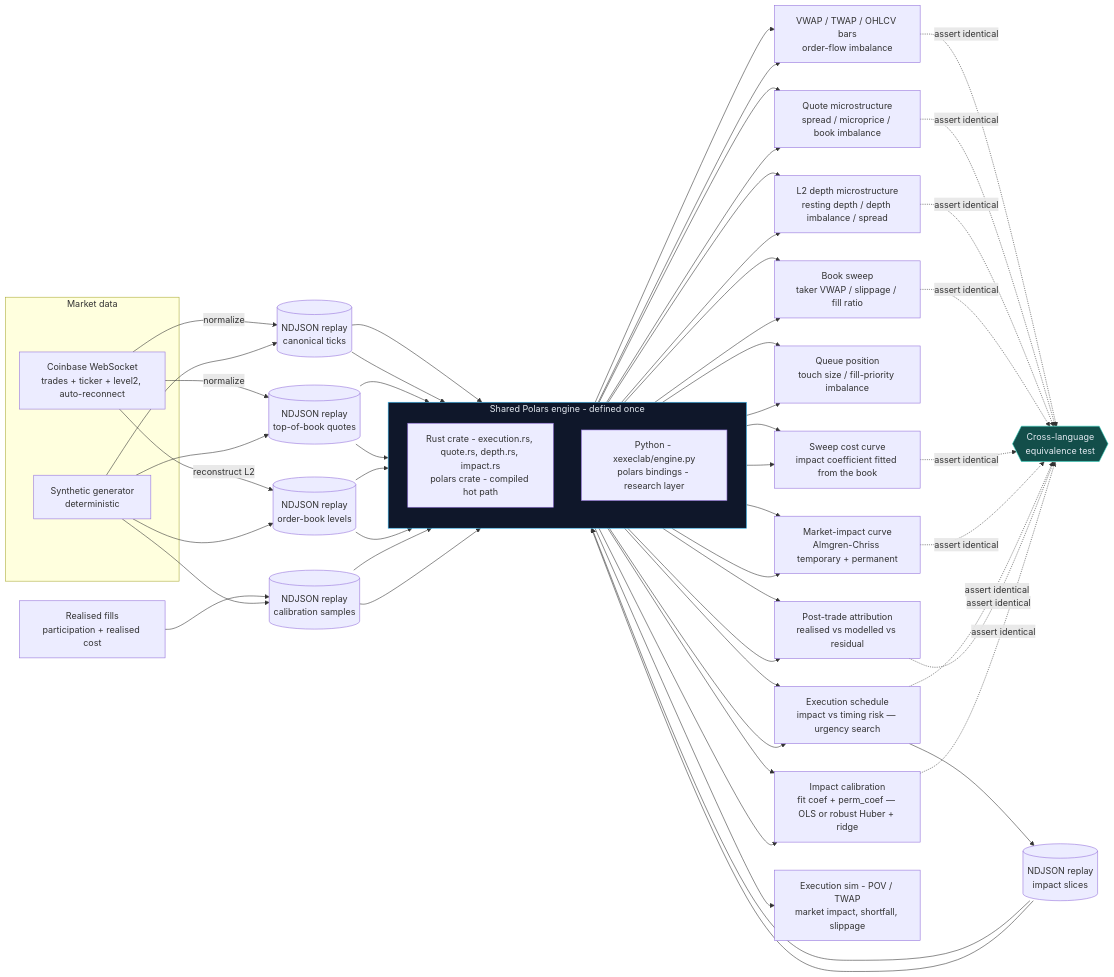
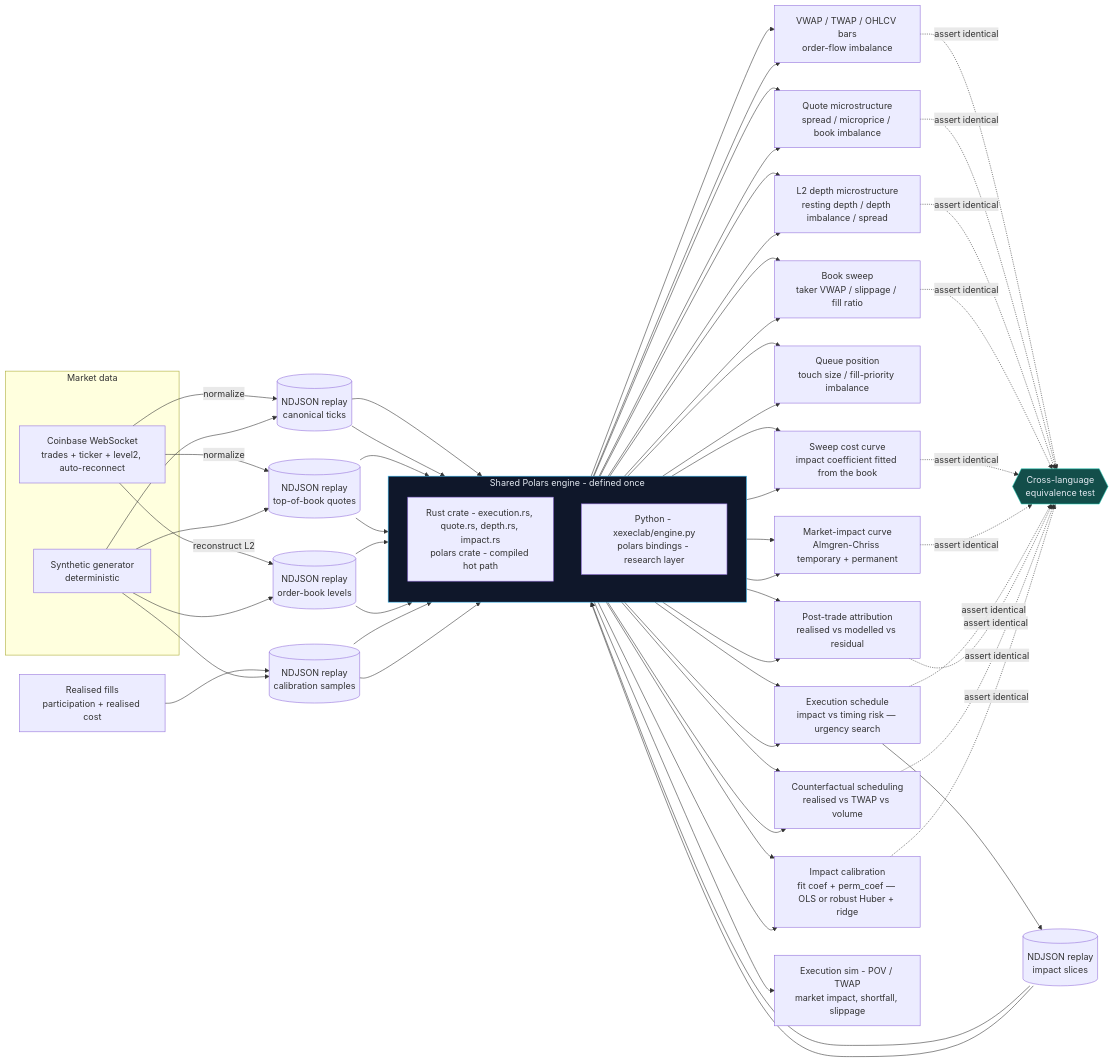
The diagram in README.md (ghoshp83/polars-execution-lab), drawn with Mermaid before and after one commit. The commit also changed other lines of this file and 5 other files, not shown here.

Commit message:
docs: release v0.14.0 (counterfactual scheduling)

````diff
--- a/README.md
+++ b/README.md
@@ -30,68 +32,71 @@
 ```mermaid
 flowchart LR
     subgraph ingest[Market data]
         CB[Coinbase WebSocket<br/>trades + ticker + level2, auto-reconnect]
         SYN[Synthetic generator<br/>deterministic]
     end
     CB -->|normalize| RP[(NDJSON replay<br/>canonical ticks)]
     CB -->|normalize| QRP[(NDJSON replay<br/>top-of-book quotes)]
     CB -->|reconstruct L2| BRP[(NDJSON replay<br/>order-book levels)]
     SCHED[Execution schedule<br/>participation slices] --> IRP[(NDJSON replay<br/>impact slices)]
     FILLS_IN[Realised fills<br/>participation + realised cost] --> CRP[(NDJSON replay<br/>calibration samples)]
     SYN --> RP
     SYN --> QRP
     SYN --> BRP
     SYN --> CRP
 
     subgraph engine[Shared Polars engine - defined once]
         direction TB
         RUST["Rust crate - execution.rs, quote.rs, depth.rs, impact.rs<br/>polars crate - compiled hot path"]
         PY["Python - xexeclab/engine.py<br/>polars bindings - research layer"]
     end
 
     RP --> RUST
     RP --> PY
     QRP --> RUST
     QRP --> PY
     BRP --> RUST
     BRP --> PY
     IRP --> RUST
     IRP --> PY
     CRP --> RUST
     CRP --> PY
 
     RUST --> BENCH[VWAP / TWAP / OHLCV bars<br/>order-flow imbalance]
     PY --> BENCH
     RUST --> BOOK[Quote microstructure<br/>spread / microprice / book imbalance]
     PY --> BOOK
     RUST --> DEPTH[L2 depth microstructure<br/>resting depth / depth imbalance / spread]
     PY --> DEPTH
     RUST --> QUEUE[Queue position<br/>touch size / fill-priority imbalance]
     PY --> QUEUE
     RUST --> SWEEP[Book sweep<br/>taker VWAP / slippage / fill ratio]
     PY --> SWEEP
     RUST --> CURVE[Sweep cost curve<br/>impact coefficient fitted from the book]
     PY --> CURVE
     RUST --> IMPACT[Market-impact curve<br/>Almgren-Chriss temporary + permanent]
     PY --> IMPACT
     RUST --> SCHED[Execution schedule<br/>impact vs timing risk — urgency search]
     PY --> SCHED
     RUST --> SF[Post-trade attribution<br/>realised vs modelled vs residual]
     PY --> SF
+    RUST --> CF[Counterfactual scheduling<br/>realised vs TWAP vs volume]
+    PY --> CF
     RUST --> CALIB[Impact calibration<br/>fit coef + perm_coef — OLS or robust Huber + ridge]
     PY --> CALIB
     PY --> FILLS["Execution sim - POV / TWAP<br/>market impact, shortfall, slippage"]
 
     BENCH -.->|assert identical| EQ{{Cross-language<br/>equivalence test}}
     BOOK -.->|assert identical| EQ
     DEPTH -.->|assert identical| EQ
     SWEEP -.->|assert identical| EQ
     CURVE -.->|assert identical| EQ
     IMPACT -.->|assert identical| EQ
     SCHED -.->|assert identical| EQ
     SF -.->|assert identical| EQ
+    CF -.->|assert identical| EQ
     CALIB -.->|assert identical| EQ
 
     style engine fill:#0f172a,stroke:#38bdf8,color:#e2e8f0
     style EQ fill:#134e4a,stroke:#2dd4bf,color:#e2e8f0
 ```
````
